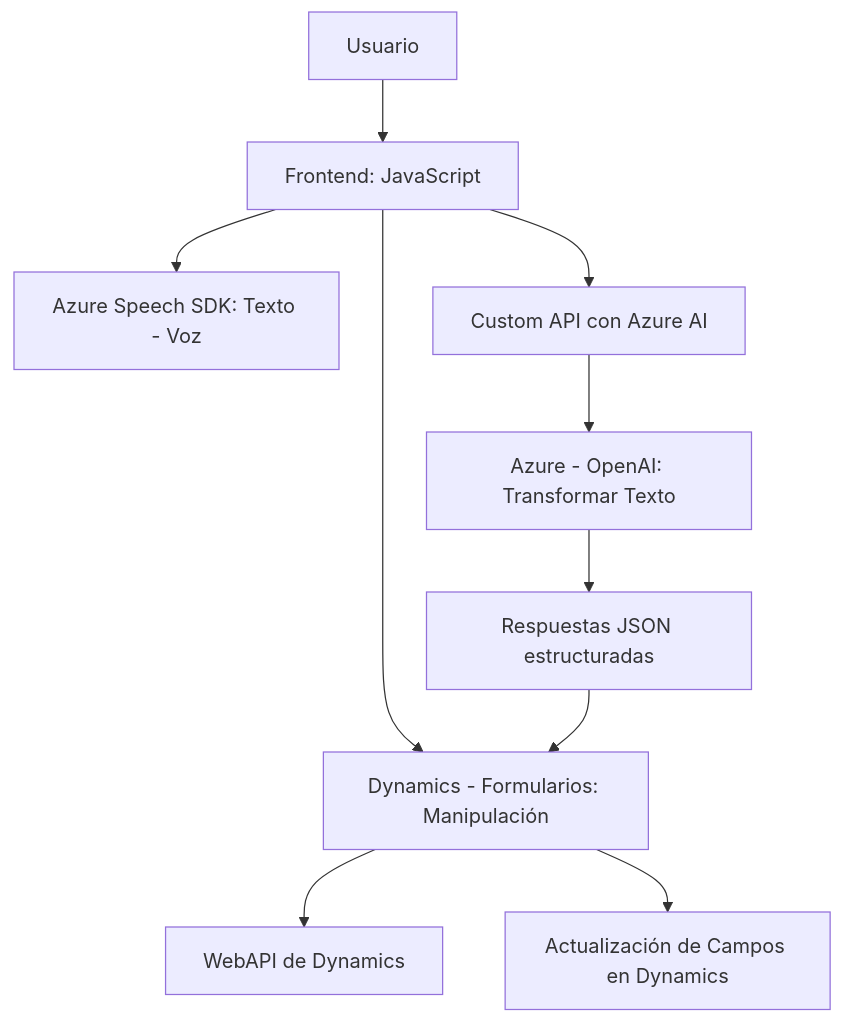
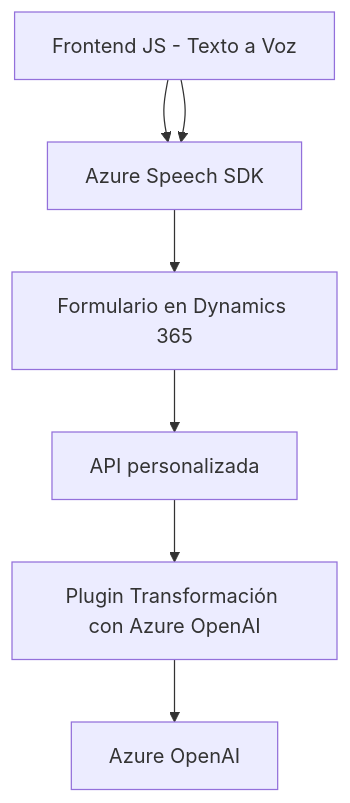
One commit to blopezdm/NETCORE_BILBAO2025 changed the diagram in README.md. Above: the diagram before and after it, drawn with Mermaid. The commit also changed other lines of this file, not shown here.

Commit message:
Actualizar análisis global de la solución con IA

````diff
--- a/README.md
+++ b/README.md
@@ -45,12 +35,9 @@
 ```mermaid
 graph TD
-  A["Usuario"] --> B["Frontend: JavaScript"]
-  B --> C["Azure Speech SDK: Texto - Voz"]
-  B --> D["Dynamics - Formularios: Manipulación"]
-  D --> E["WebAPI de Dynamics"]
-  B --> F["Custom API con Azure AI"]
-  F --> G["Azure - OpenAI: Transformar Texto"]
-  G --> H["Respuestas JSON estructuradas"]
-  H --> D
-  D --> I["Actualización de Campos en Dynamics"]
+    A["Frontend JS - Voz a Texto"] --> B["Azure Speech SDK"]
+    A["Frontend JS - Texto a Voz"] --> B["Azure Speech SDK"]
+    B["Azure Speech SDK"] --> C["Formulario en Dynamics 365"]
+    C["Formulario en Dynamics 365"] --> D["API personalizada"]
+    D["API personalizada"] --> E["Plugin Transformación con Azure OpenAI"]
+    E["Plugin Transformación con Azure OpenAI"] --> F["Azure OpenAI"]
 ```
````
